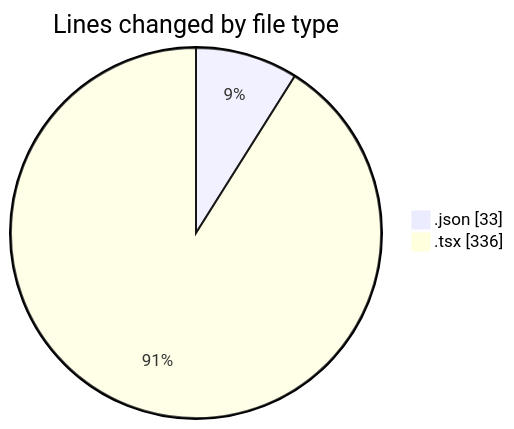
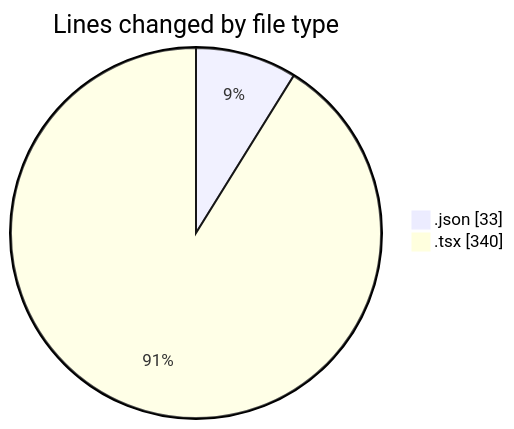
Before and after one commit to Elitesun/code-tracking: the first of 2 diagrams in 2025-03-11/projet_stage/README.md, drawn with Mermaid. The commit also changed other lines of this file and 1 other file, not shown here.

````diff
--- a/2025-03-11/projet_stage/README.md
+++ b/2025-03-11/projet_stage/README.md
@@ -25,6 +25,6 @@
 ```mermaid
 pie showData
 title Lines changed by file type
 ".json" : 33
-".tsx" : 336
+".tsx" : 340
 ```
````
